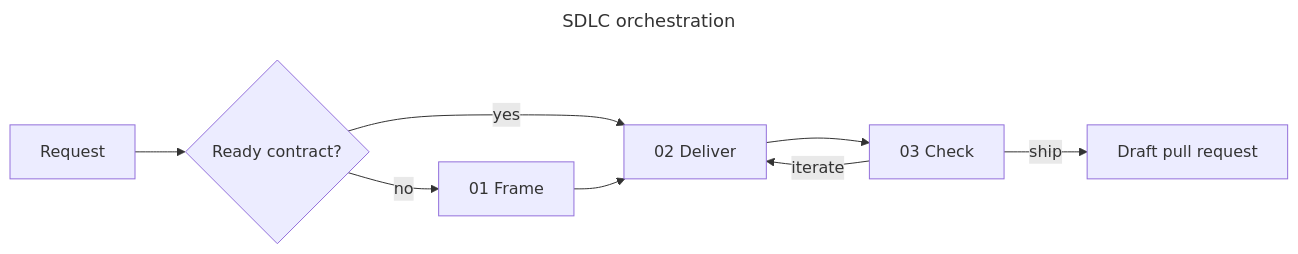
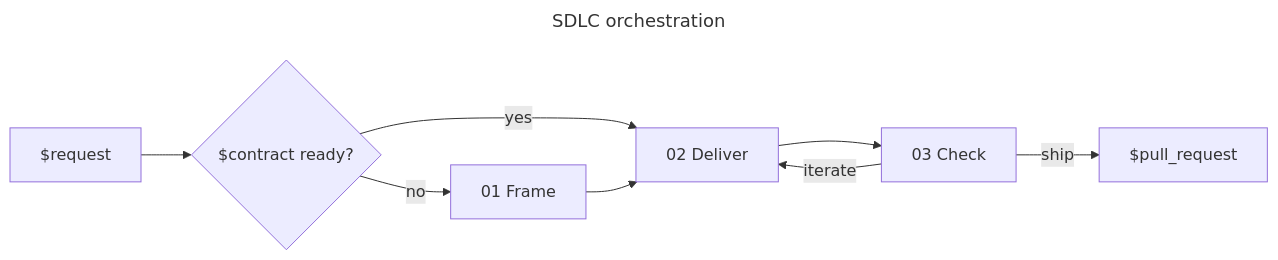
The diagram in plugins/aidd-orchestrator/skills/01-sdlc/SKILL.md (ai-driven-dev/aidd-framework), drawn with Mermaid before and after one commit. The commit also changed 4 other files, not shown here.

````diff
--- a/plugins/aidd-orchestrator/skills/01-sdlc/SKILL.md
+++ b/plugins/aidd-orchestrator/skills/01-sdlc/SKILL.md
@@ -8,20 +8,20 @@
 ```mermaid
 ---
 title: SDLC orchestration
 ---
 flowchart LR
-  Request["Request"]
-  Ready{"Ready contract?"}
+  Request["$request"]
+  Ready{"$contract ready?"}
   Frame["01 Frame"]
   Deliver["02 Deliver"]
   Check["03 Check"]
-  PullRequest["Draft pull request"]
+  PullRequest["$pull_request"]
 
   Request --> Ready
   Ready -- "no" --> Frame
   Ready -- "yes" --> Deliver
   Frame --> Deliver
   Deliver --> Check
   Check -- "iterate" --> Deliver
   Check -- "ship" --> PullRequest
 ```
````
